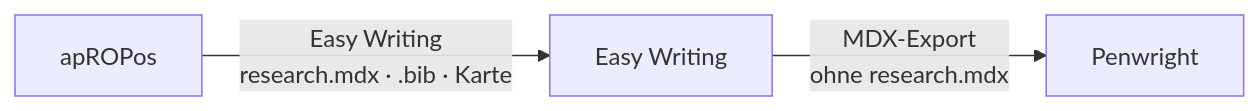
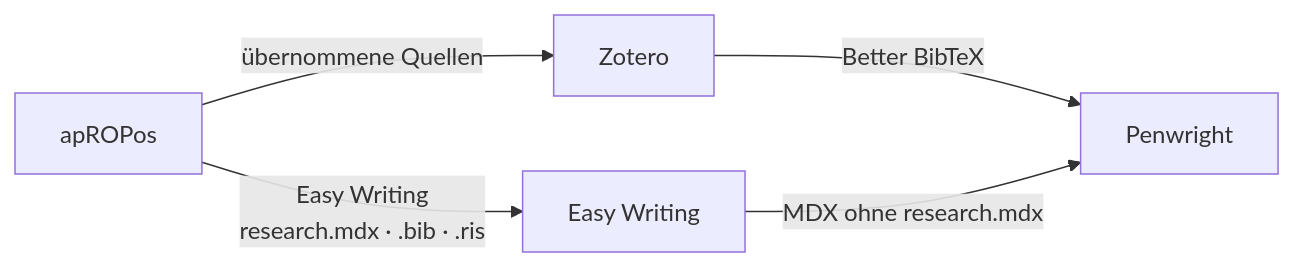
The first of 2 diagrams in README.md (renejes/apropos), drawn with Mermaid before and after one commit. The commit also changed other lines of this file and 33 other files, not shown here.

````diff
--- a/README.md
+++ b/README.md
@@ -43,5 +43,7 @@
 ```mermaid
 flowchart LR
-    R[apROPos] -->|Easy Writing<br/>research.mdx · .bib · Karte| E[Easy Writing]
-    E -->|MDX-Export<br/>ohne research.mdx| P[Penwright]
+    R[apROPos] -->|übernommene Quellen| Z[Zotero]
+    R -->|Easy Writing<br/>research.mdx · .bib · .ris| E[Easy Writing]
+    Z -->|Better BibTeX| P[Penwright]
+    E -->|MDX ohne research.mdx| P
 ```
````
